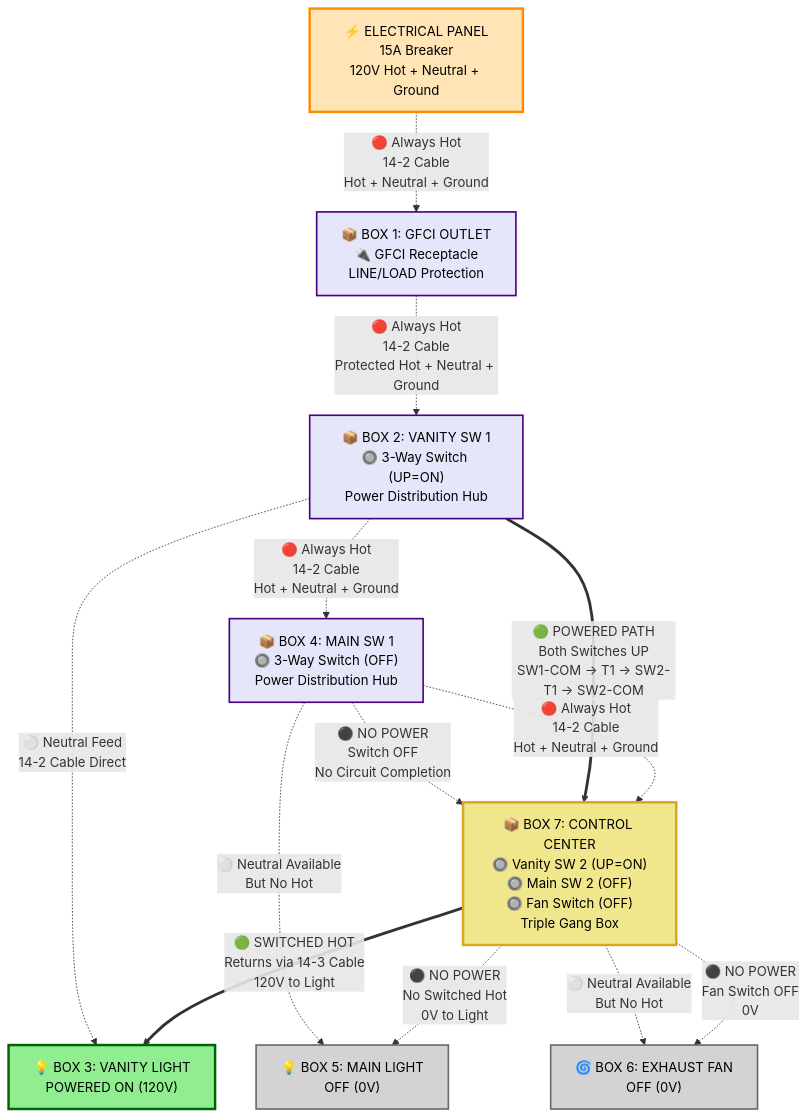
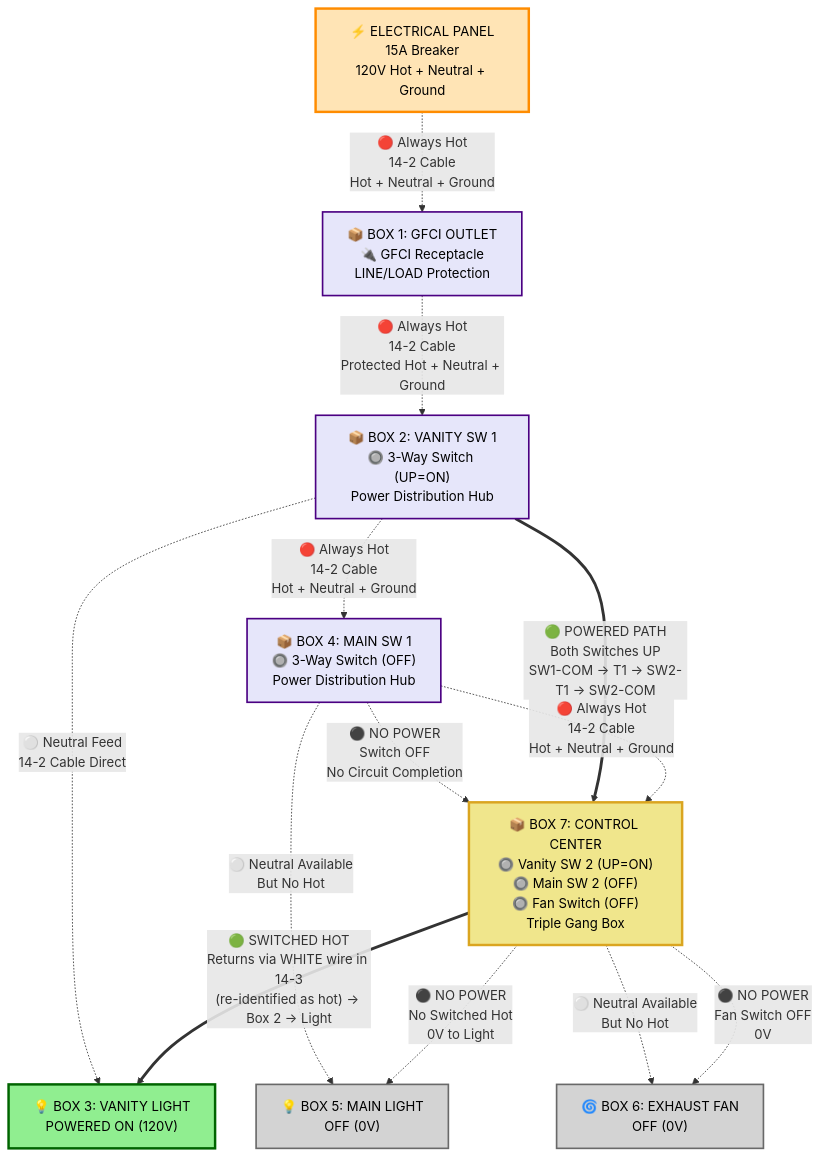
The second of 4 diagrams in diagrams/power-flow-mermaid.md (ticklemycode/electrical-wiring), drawn with Mermaid before and after one commit. The commit also changed other lines of this file and 2 other files, not shown here.

````diff
--- a/diagrams/power-flow-mermaid.md
+++ b/diagrams/power-flow-mermaid.md
@@ -68,50 +68,50 @@
 ```mermaid
 graph TB
     Panel["⚡ ELECTRICAL PANEL<br/>15A Breaker<br/>120V Hot + Neutral + Ground"]
     
     GFCI["📦 BOX 1: GFCI OUTLET<br/>🔌 GFCI Receptacle<br/>LINE/LOAD Protection"]
     
     VanityBox2["📦 BOX 2: VANITY SW 1<br/>🔘 3-Way Switch (UP=ON)<br/>Power Distribution Hub"]
     
     MainBox4["📦 BOX 4: MAIN SW 1<br/>🔘 3-Way Switch (OFF)<br/>Power Distribution Hub"]
     
     ControlBox7["📦 BOX 7: CONTROL CENTER<br/>🔘 Vanity SW 2 (UP=ON)<br/>🔘 Main SW 2 (OFF)<br/>🔘 Fan Switch (OFF)<br/>Triple Gang Box"]
     
     VanityLight["💡 BOX 3: VANITY LIGHT<br/>POWERED ON (120V)"]
     MainLight["💡 BOX 5: MAIN LIGHT<br/>OFF (0V)"]
     ExhaustFan["🌀 BOX 6: EXHAUST FAN<br/>OFF (0V)"]
     
     %% Main Power Feed (Always Hot - Red Lines)
     Panel -.->|"🔴 Always Hot<br/>14-2 Cable<br/>Hot + Neutral + Ground"| GFCI
     GFCI -.->|"🔴 Always Hot<br/>14-2 Cable<br/>Protected Hot + Neutral + Ground"| VanityBox2
     VanityBox2 -.->|"🔴 Always Hot<br/>14-2 Cable<br/>Hot + Neutral + Ground"| MainBox4
     MainBox4 -.->|"🔴 Always Hot<br/>14-2 Cable<br/>Hot + Neutral + Ground"| ControlBox7
     
     %% Vanity Light 3-Way Circuit (Green - Powered)
     VanityBox2 ==>|"🟢 POWERED PATH<br/>Both Switches UP<br/>SW1-COM → T1 → SW2-T1 → SW2-COM"| ControlBox7
-    ControlBox7 ==>|"🟢 SWITCHED HOT<br/>Returns via 14-3 Cable<br/>120V to Light"| VanityLight
+    ControlBox7 ==>|"🟢 SWITCHED HOT<br/>Returns via WHITE wire in 14-3<br/>(re-identified as hot) → Box 2 → Light"| VanityLight
     VanityBox2 -.->|"⚪ Neutral Feed<br/>14-2 Cable Direct"| VanityLight
     
     %% Main Light 3-Way Circuit (Gray - No Power - Switches Mismatched)
     MainBox4 -.->|"⚫ NO POWER<br/>Switch OFF<br/>No Circuit Completion"| ControlBox7
     ControlBox7 -.->|"⚫ NO POWER<br/>No Switched Hot<br/>0V to Light"| MainLight
     MainBox4 -.->|"⚪ Neutral Available<br/>But No Hot"| MainLight
     
     %% Fan Circuit (Gray - No Power)
     ControlBox7 -.->|"⚫ NO POWER<br/>Fan Switch OFF<br/>0V"| ExhaustFan
     ControlBox7 -.->|"⚪ Neutral Available<br/>But No Hot"| ExhaustFan
     
     %% Styling for different power states
     classDef poweredDevice fill:#90EE90,stroke:#006400,stroke-width:3px,color:#000000
     classDef unpoweredDevice fill:#D3D3D3,stroke:#696969,stroke-width:2px,color:#000000
     classDef powerSource fill:#FFE4B5,stroke:#FF8C00,stroke-width:3px,color:#000000
     classDef switchBox fill:#E6E6FA,stroke:#4B0082,stroke-width:2px,color:#000000
     classDef controlCenter fill:#F0E68C,stroke:#DAA520,stroke-width:3px,color:#000000
     
     class Panel powerSource
     class GFCI switchBox
     class VanityBox2,MainBox4 switchBox
     class ControlBox7 controlCenter
     class VanityLight poweredDevice
     class MainLight,ExhaustFan unpoweredDevice
 ```
````
